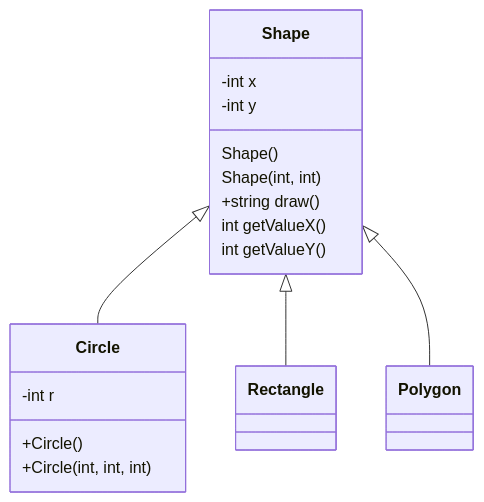
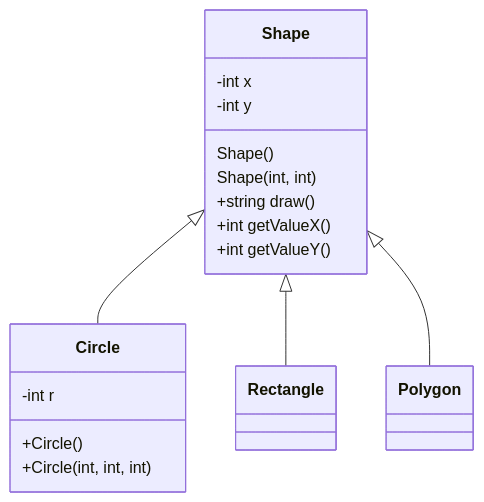
Before and after one commit to alexeevalex/TC1030.cpp.herencia: the first of 2 diagrams in assignments/01-ShapeCircleRectanglePolygon/README.md, drawn with Mermaid. The commit also changed 1 other file, not shown here.

Commit message:
Lista la revisión

````diff
--- a/assignments/01-ShapeCircleRectanglePolygon/README.md
+++ b/assignments/01-ShapeCircleRectanglePolygon/README.md
@@ -5,24 +5,24 @@
 ```mermaid
 classDiagram
       Shape <|-- Circle
       Shape <|-- Rectangle
       Shape <|-- Polygon
       Shape:-int x
       Shape:-int y
       Shape:Shape()
       Shape:Shape(int, int)
       Shape:+string draw()
-      Shape:int getValueX()
-      Shape:int getValueY()
+      Shape:+int getValueX()
+      Shape:+int getValueY()
       class Circle {
         -int r
         +Circle()
         +Circle(int, int, int)
       }
       class Rectangle {        
       }
       class Polygon {
       }
         
 
 ```
````
